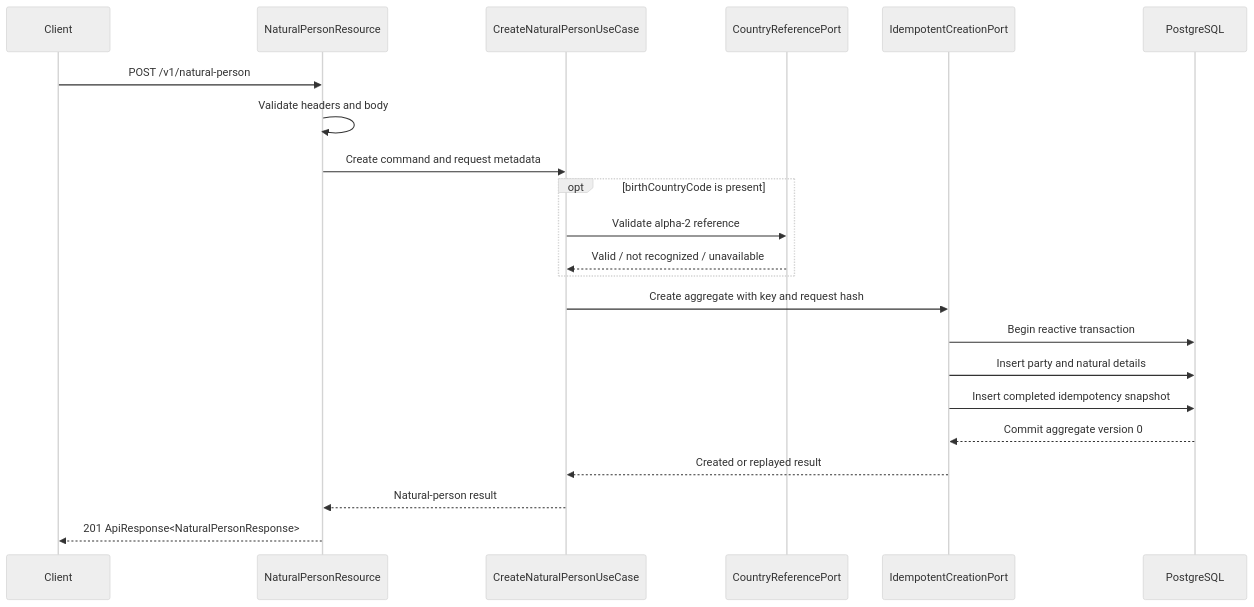
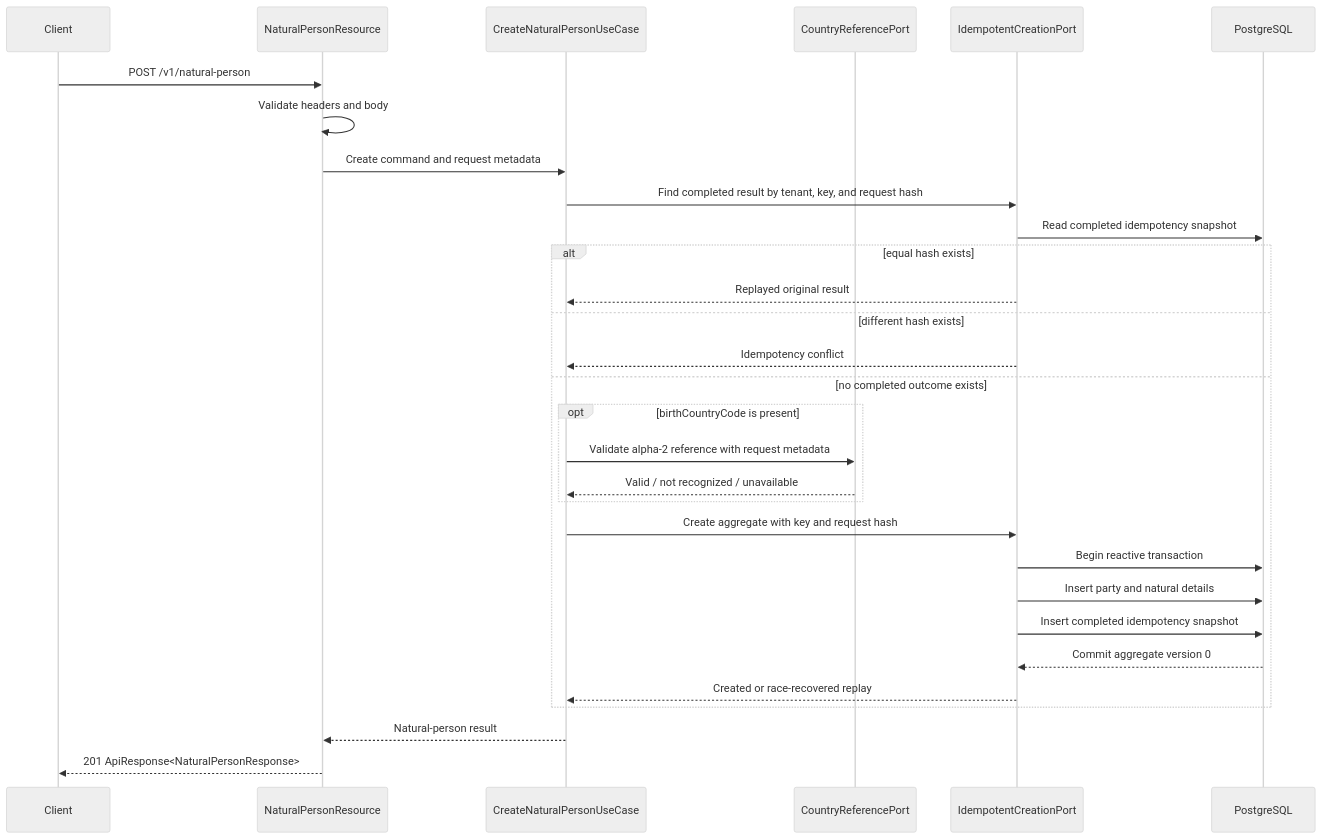
One commit to astudilloalex/party-registry-service changed the second of 3 diagrams in openspec/changes/implement-natural-person-phase-one/design.md. Above: the diagram before and after it, drawn with Mermaid (neutral theme). The commit also changed other lines of this file and 29 other files, not shown here.

Commit message:
feat: implement natural person phase one application layer including commands, use cases, idempotency support, and error handling

````diff
--- a/openspec/changes/implement-natural-person-phase-one/design.md
+++ b/openspec/changes/implement-natural-person-phase-one/design.md
@@ -214,25 +214,33 @@
 ```mermaid
 sequenceDiagram
     participant C as Client
     participant A as NaturalPersonResource
     participant U as CreateNaturalPersonUseCase
     participant G as CountryReferencePort
     participant P as IdempotentCreationPort
     participant D as PostgreSQL
 
     C->>A: POST /v1/natural-person
     A->>A: Validate headers and body
     A->>U: Create command and request metadata
-    opt birthCountryCode is present
-        U->>G: Validate alpha-2 reference
-        G-->>U: Valid / not recognized / unavailable
+    U->>P: Find completed result by tenant, key, and request hash
+    P->>D: Read completed idempotency snapshot
+    alt equal hash exists
+        P-->>U: Replayed original result
+    else different hash exists
+        P-->>U: Idempotency conflict
+    else no completed outcome exists
+        opt birthCountryCode is present
+            U->>G: Validate alpha-2 reference with request metadata
+            G-->>U: Valid / not recognized / unavailable
+        end
+        U->>P: Create aggregate with key and request hash
+        P->>D: Begin reactive transaction
+        P->>D: Insert party and natural details
+        P->>D: Insert completed idempotency snapshot
+        D-->>P: Commit aggregate version 0
+        P-->>U: Created or race-recovered replay
     end
-    U->>P: Create aggregate with key and request hash
-    P->>D: Begin reactive transaction
-    P->>D: Insert party and natural details
-    P->>D: Insert completed idempotency snapshot
-    D-->>P: Commit aggregate version 0
-    P-->>U: Created or replayed result
     U-->>A: Natural-person result
     A-->>C: 201 ApiResponse<NaturalPersonResponse>
 ```
````
